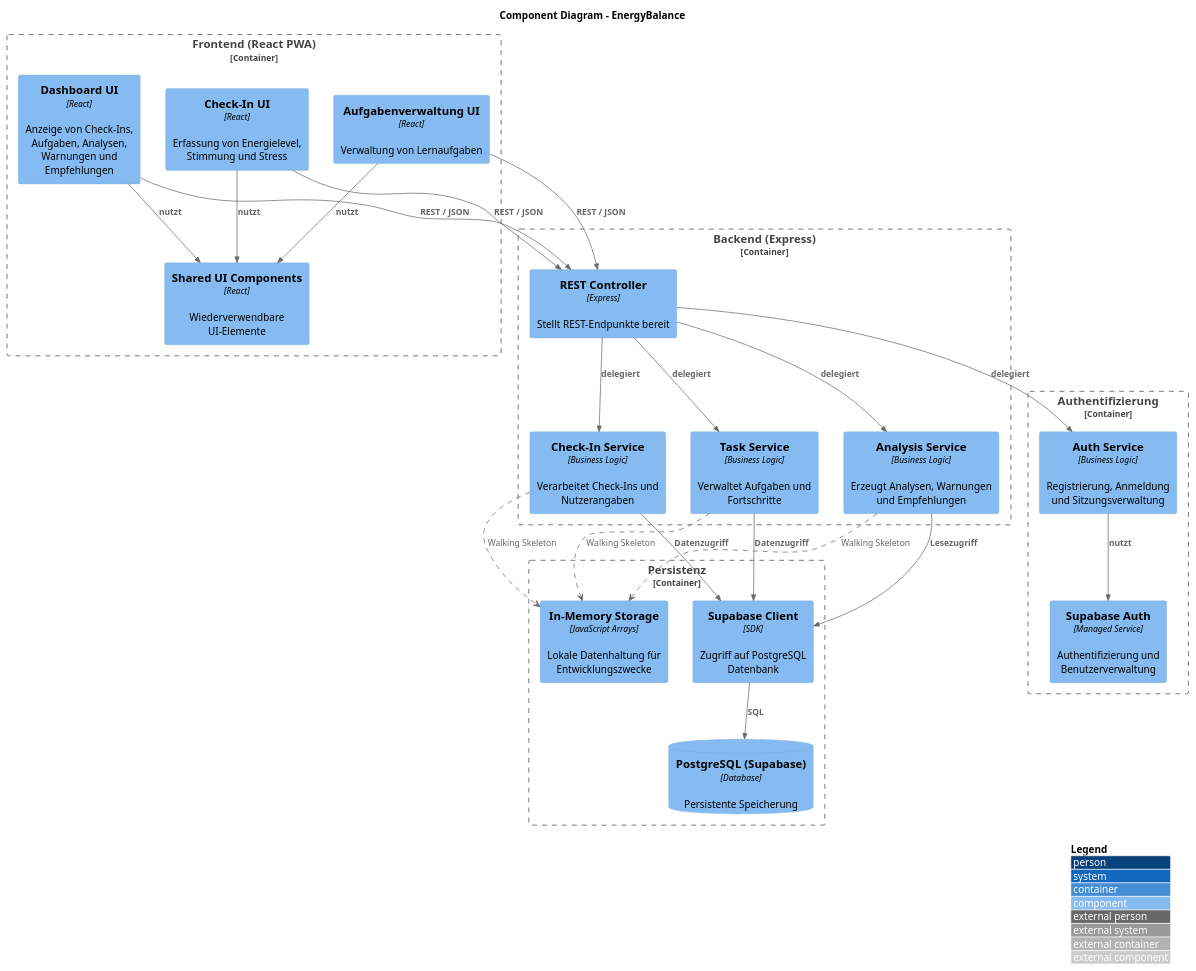
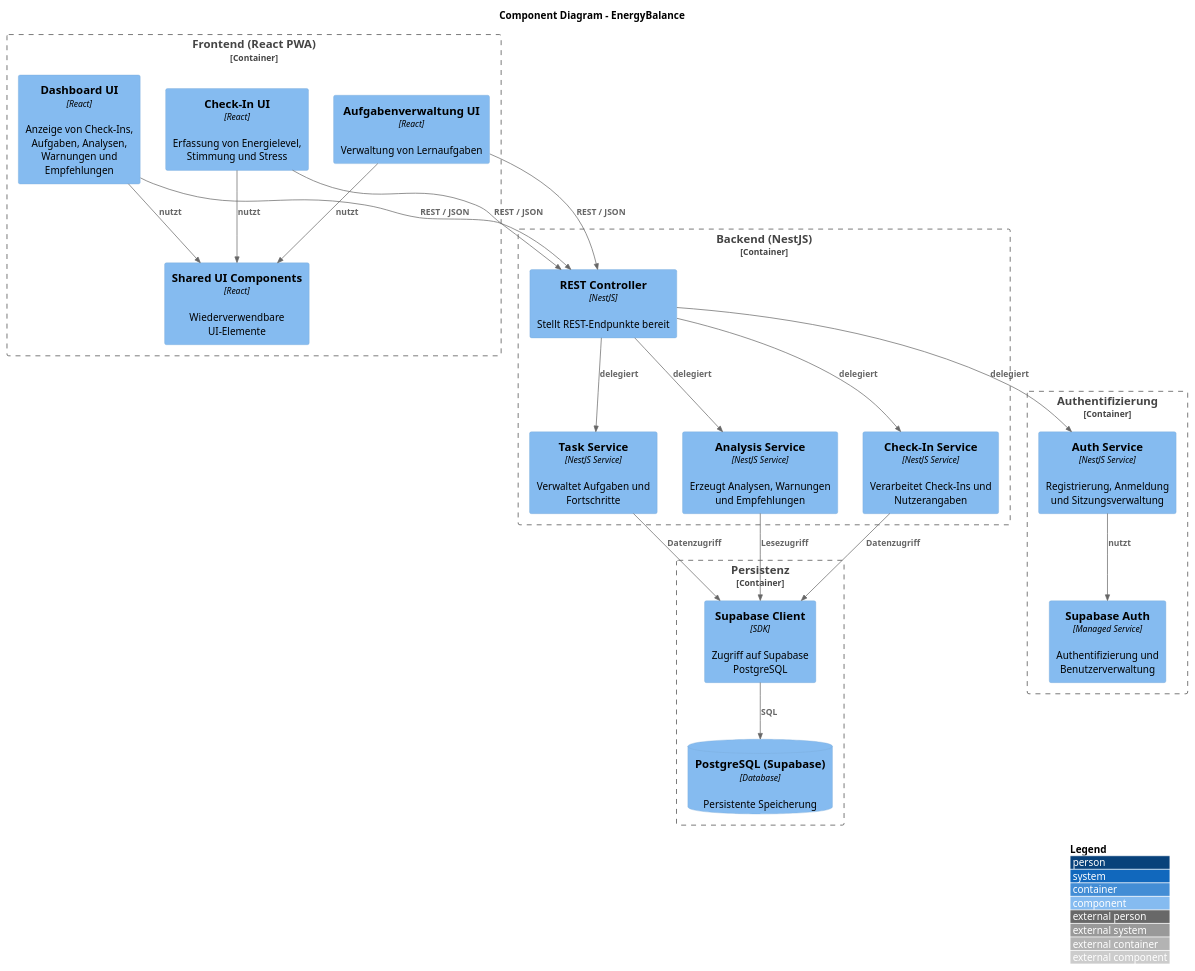
The second of 5 diagrams in docs/technical/design.adoc (L4w1n/Software-Engineering-Team-F2), drawn with PlantUML before and after one commit.

```diff
--- a/docs/technical/design.adoc
+++ b/docs/technical/design.adoc
@@ -87,75 +87,70 @@
 [plantuml, component-diagram, svg]
 ....
 @startuml
 
-!includeurl https://raw.githubusercontent.com/plantuml-stdlib/C4-PlantUML/master/C4_Component.puml
+' source: https://github.com/plantuml-stdlib/C4-PlantUML
+!include <c4/C4_Component.puml>
 
 LAYOUT_WITH_LEGEND()
 
 title Component Diagram – EnergyBalance
 
 Container_Boundary(frontend, "Frontend (React PWA)") {
 
     Component(dashboard_ui, "Dashboard UI", "React", "Anzeige von Check-Ins, Aufgaben, Analysen, Warnungen und Empfehlungen")
 
     Component(checkin_ui, "Check-In UI", "React", "Erfassung von Energielevel, Stimmung und Stress")
 
     Component(task_ui, "Aufgabenverwaltung UI", "React", "Verwaltung von Lernaufgaben")
 
     Component(shared_ui, "Shared UI Components", "React", "Wiederverwendbare UI-Elemente")
 }
 
-Container_Boundary(backend, "Backend (Express)") {
+Container_Boundary(backend, "Backend (NestJS)") {
 
-    Component(api_ctrl, "REST Controller", "Express", "Stellt REST-Endpunkte bereit")
+    Component(api_ctrl, "REST Controller", "NestJS", "Stellt REST-Endpunkte bereit")
 
-    Component(checkin_service, "Check-In Service", "Business Logic", "Verarbeitet Check-Ins und Nutzerangaben")
+    Component(checkin_service, "Check-In Service", "NestJS Service", "Verarbeitet Check-Ins und Nutzerangaben")
 
-    Component(task_service, "Task Service", "Business Logic", "Verwaltet Aufgaben und Fortschritte")
+    Component(task_service, "Task Service", "NestJS Service", "Verwaltet Aufgaben und Fortschritte")
 
-    Component(analysis_service, "Analysis Service", "Business Logic", "Erzeugt Analysen, Warnungen und Empfehlungen")
+    Component(analysis_service, "Analysis Service", "NestJS Service", "Erzeugt Analysen, Warnungen und Empfehlungen")
 }
 
 Container_Boundary(auth, "Authentifizierung") {
 
-    Component(auth_service, "Auth Service", "Business Logic", "Registrierung, Anmeldung und Sitzungsverwaltung")
+    Component(auth_service, "Auth Service", "NestJS Service", "Registrierung, Anmeldung und Sitzungsverwaltung")
 
     Component(supabase_auth, "Supabase Auth", "Managed Service", "Authentifizierung und Benutzerverwaltung")
 }
 
 Container_Boundary(persistence, "Persistenz") {
 
-    Component(memory_store, "In-Memory Storage", "JavaScript Arrays", "Lokale Datenhaltung für Entwicklungszwecke")
-
-    Component(supabase_client, "Supabase Client", "SDK", "Zugriff auf PostgreSQL Datenbank")
+    Component(supabase_client, "Supabase Client", "SDK", "Zugriff auf Supabase PostgreSQL")
 
     ComponentDb(db, "PostgreSQL (Supabase)", "Database", "Persistente Speicherung")
 }
 
 Rel(dashboard_ui, api_ctrl, "REST / JSON")
 Rel(checkin_ui, api_ctrl, "REST / JSON")
 Rel(task_ui, api_ctrl, "REST / JSON")
 
 Rel(dashboard_ui, shared_ui, "nutzt")
 Rel(checkin_ui, shared_ui, "nutzt")
 Rel(task_ui, shared_ui, "nutzt")
 
 Rel(api_ctrl, checkin_service, "delegiert")
 Rel(api_ctrl, task_service, "delegiert")
 Rel(api_ctrl, analysis_service, "delegiert")
 Rel(api_ctrl, auth_service, "delegiert")
 
 Rel(auth_service, supabase_auth, "nutzt")
 
 Rel(checkin_service, supabase_client, "Datenzugriff")
 Rel(task_service, supabase_client, "Datenzugriff")
 Rel(analysis_service, supabase_client, "Lesezugriff")
 
 Rel(supabase_client, db, "SQL")
 
-checkin_service ..> memory_store : Walking Skeleton
-task_service ..> memory_store : Walking Skeleton
-analysis_service ..> memory_store : Walking Skeleton
-
 @enduml
 ....
```
